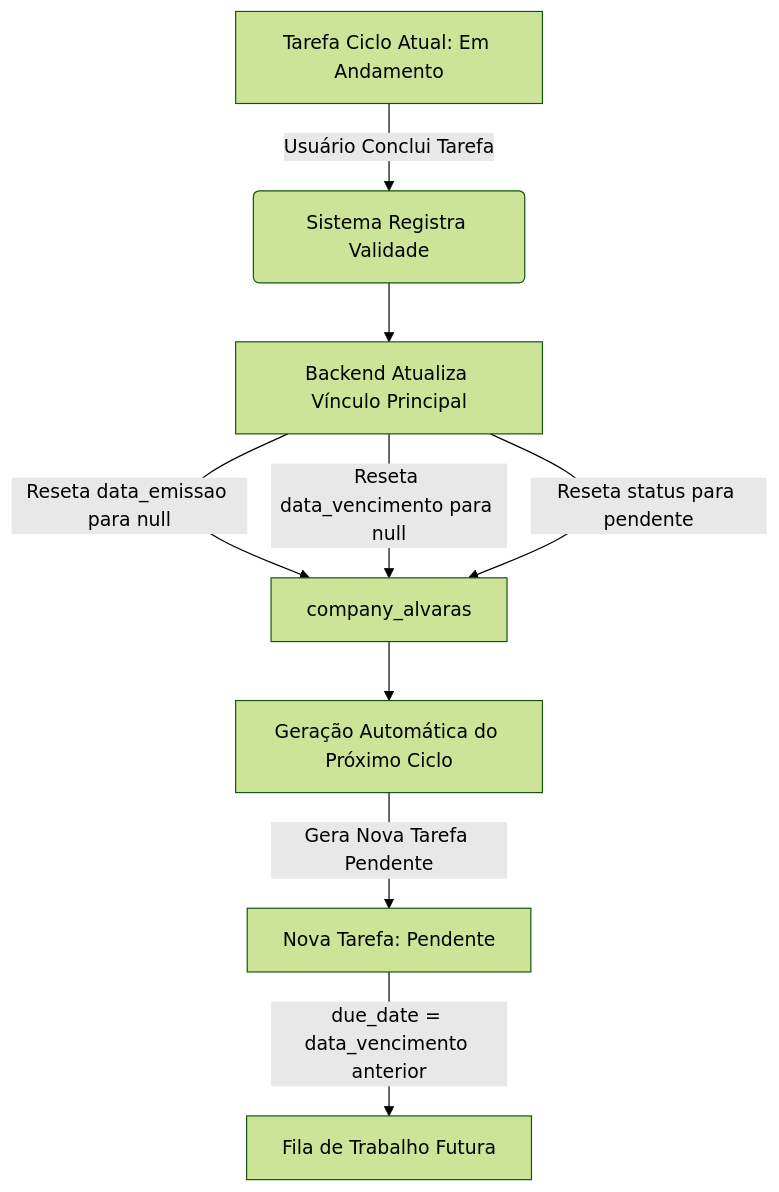
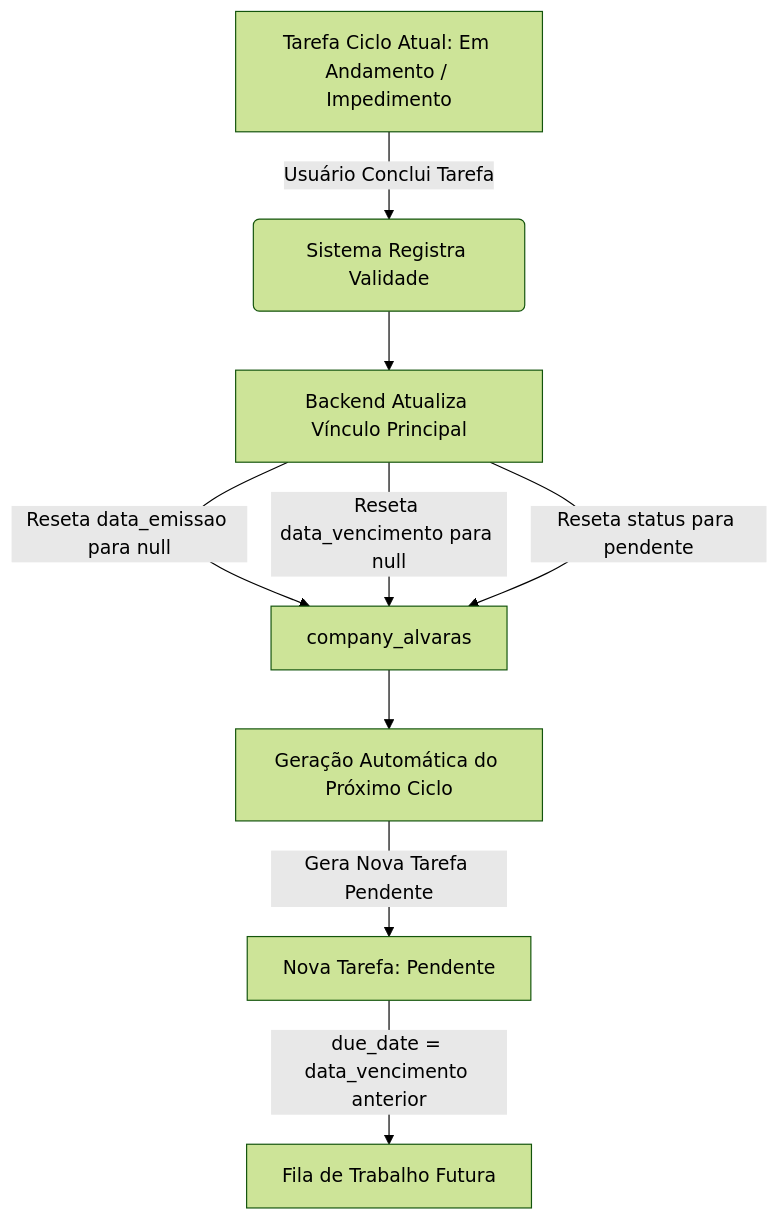
Before and after one commit to roberioanalisegroup/notifique: the diagram in docs/regra-de-negocio.md, drawn with Mermaid (forest theme). The commit also changed other lines of this file and 58 other files, not shown here.

````diff
--- a/docs/regra-de-negocio.md
+++ b/docs/regra-de-negocio.md
@@ -55,11 +67,11 @@
 ```mermaid
 graph TD
-    A[Tarefa Ciclo Atual: Em Andamento] -->|Usuário Conclui Tarefa| B(Sistema Registra Validade)
+    A[Tarefa Ciclo Atual: Em Andamento / Impedimento] -->|Usuário Conclui Tarefa| B(Sistema Registra Validade)
     B --> C[Backend Atualiza Vínculo Principal]
     C -->|Reseta data_emissao para null| D[company_alvaras]
     C -->|Reseta data_vencimento para null| D
     C -->|Reseta status para pendente| D
     D --> E[Geração Automática do Próximo Ciclo]
     E -->|Gera Nova Tarefa Pendente| F[Nova Tarefa: Pendente]
     F -->|due_date = data_vencimento anterior| G[Fila de Trabalho Futura]
 ```
````
